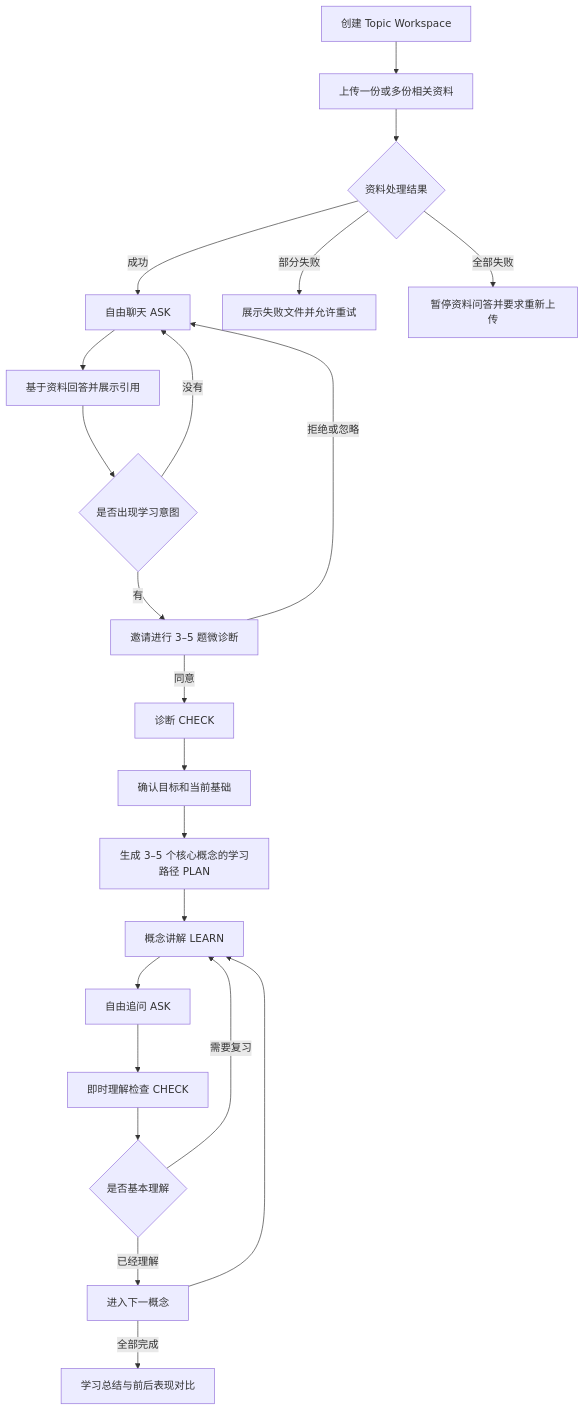
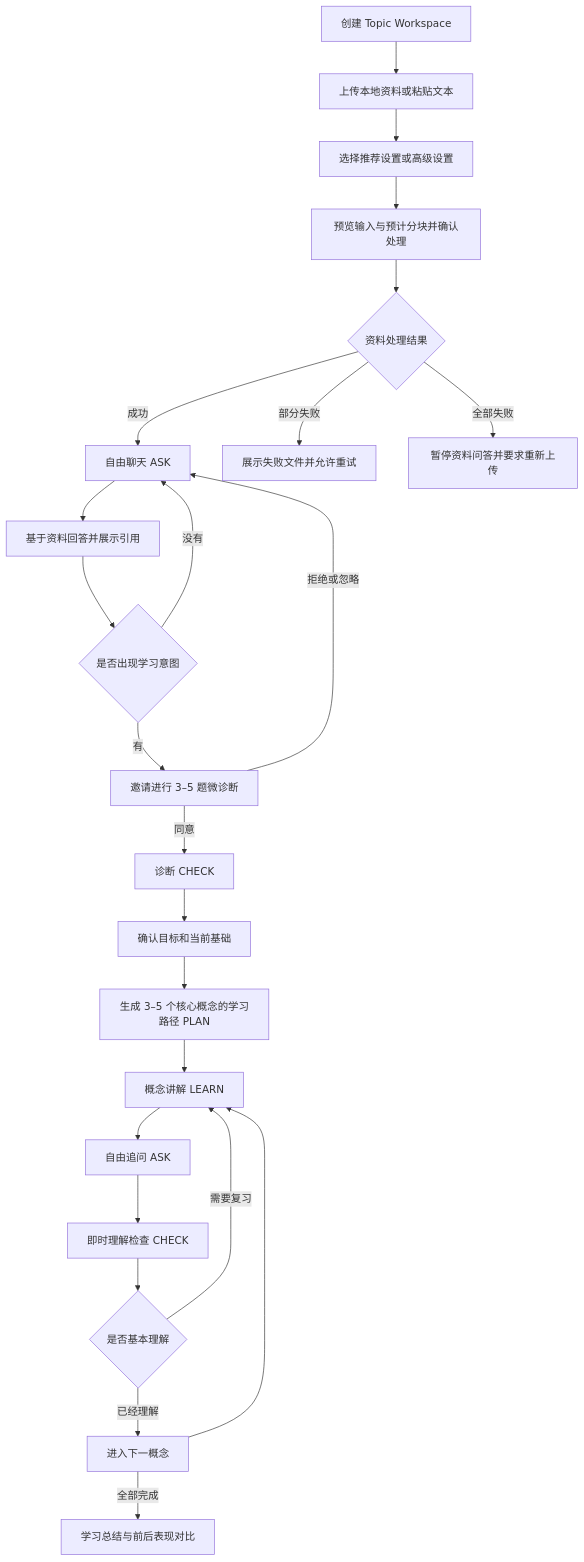
The first of 2 diagrams in docs/superpowers/specs/2026-08-31-grounded-tutor-design.md (yidi000/grounded-tutor), drawn with Mermaid before and after one commit. The commit also changed other lines of this file, not shown here.

````diff
--- a/docs/superpowers/specs/2026-08-31-grounded-tutor-design.md
+++ b/docs/superpowers/specs/2026-08-31-grounded-tutor-design.md
@@ -97,26 +115,28 @@
 ```mermaid
 flowchart TD
-    A["创建 Topic Workspace"] --> B["上传一份或多份相关资料"]
-    B --> C{"资料处理结果"}
+    A["创建 Topic Workspace"] --> B["上传本地资料或粘贴文本"]
+    B --> B1["选择推荐设置或高级设置"]
+    B1 --> B2["预览输入与预计分块并确认处理"]
+    B2 --> C{"资料处理结果"}
     C -->|成功| D["自由聊天 ASK"]
     C -->|部分失败| C1["展示失败文件并允许重试"]
     C -->|全部失败| C2["暂停资料问答并要求重新上传"]
 
     D --> E["基于资料回答并展示引用"]
     E --> F{"是否出现学习意图"}
     F -->|没有| D
     F -->|有| G["邀请进行 3–5 题微诊断"]
     G -->|拒绝或忽略| D
     G -->|同意| H["诊断 CHECK"]
 
     H --> I["确认目标和当前基础"]
     I --> J["生成 3–5 个核心概念的学习路径 PLAN"]
     J --> K["概念讲解 LEARN"]
     K --> L["自由追问 ASK"]
     L --> M["即时理解检查 CHECK"]
     M --> N{"是否基本理解"}
     N -->|需要复习| K
     N -->|已经理解| O["进入下一概念"]
     O --> K
     O -->|全部完成| P["学习总结与前后表现对比"]
 ```
````
